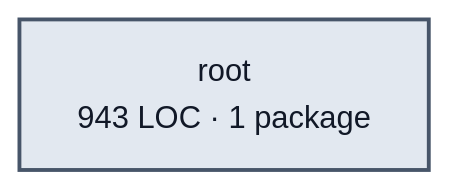
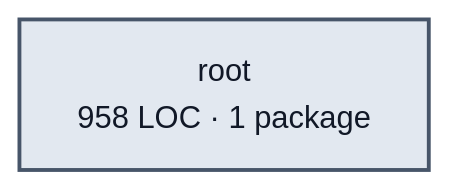
Before and after one commit to portpowered/you-agent-factory: the diagram in docs/architecture/visualizations/services/edges.md, drawn with Mermaid. The commit also changed other lines of this file and 20 other files, not shown here.

Commit message:
docs: refresh backend architecture visualizations

````diff
--- a/docs/architecture/visualizations/services/edges.md
+++ b/docs/architecture/visualizations/services/edges.md
@@ -11,5 +11,5 @@
 ```mermaid
 flowchart LR
-  p0["root<br/>943 LOC · 1 package"]
+  p0["root<br/>958 LOC · 1 package"]
   style p0 fill:#e2e8f0,stroke:#475569,stroke-width:2px,color:#111827
 ```
````
